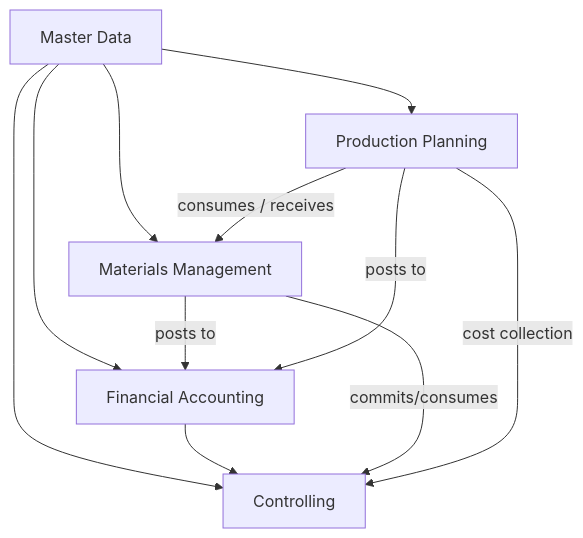
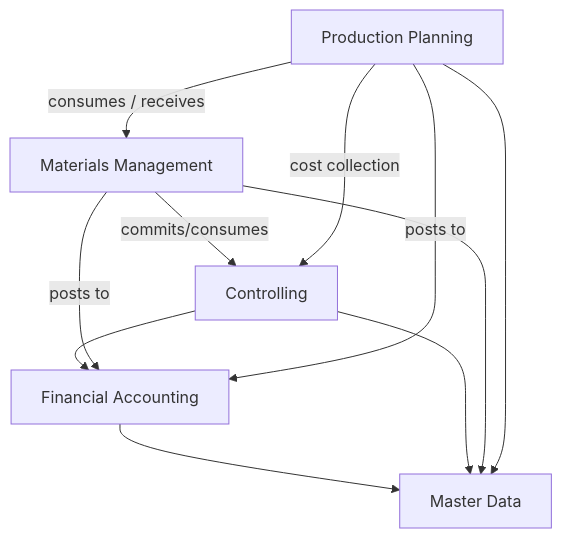
The diagram in docs/modules/README.md (beyhanmeyrali/OpenSpine), drawn with Mermaid before and after one commit. The commit also changed other lines of this file and 1 other file, not shown here.

First paragraph of the commit message:
Apply uncontroversial doc-review fixes
Three small clarity fixes uncovered in the codebase review:

````diff
--- a/docs/modules/README.md
+++ b/docs/modules/README.md
@@ -32,19 +34,19 @@
 ```mermaid
 flowchart TB
     MD[Master Data]
     FI[Financial Accounting]
     CO[Controlling]
     MM[Materials Management]
     PP[Production Planning]
 
-    MD --> FI
-    MD --> CO
-    MD --> MM
-    MD --> PP
-    FI --> CO
+    FI --> MD
+    CO --> MD
+    MM --> MD
+    PP --> MD
+    CO --> FI
     MM -->|posts to| FI
     MM -->|commits/consumes| CO
     PP -->|posts to| FI
     PP -->|cost collection| CO
     PP -->|consumes / receives| MM
 ```
````
